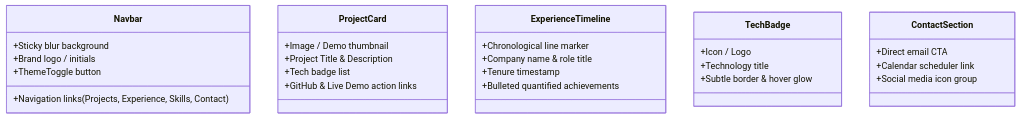
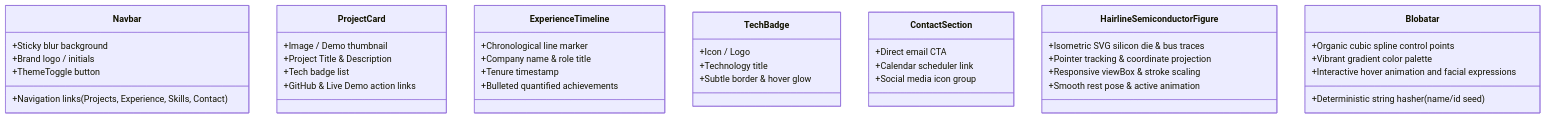
The diagram in design.md (vikas-dhavande/Vikas-Dhavande2), drawn with Mermaid before and after one commit. The commit also changed 12 other files, not shown here.

Commit message:
feat: add Appwrite OAuth, reaction bars, comment threads, blobatar avatars, and semiconductor figure components

````diff
--- a/design.md
+++ b/design.md
@@ -102,31 +102,43 @@
 ```mermaid
 classDiagram
     class Navbar {
         +Sticky blur background
         +Brand logo / initials
         +Navigation links (Projects, Experience, Skills, Contact)
         +ThemeToggle button
     }
     class ProjectCard {
         +Image / Demo thumbnail
         +Project Title & Description
         +Tech badge list
         +GitHub & Live Demo action links
     }
     class ExperienceTimeline {
         +Chronological line marker
         +Company name & role title
         +Tenure timestamp
         +Bulleted quantified achievements
     }
     class TechBadge {
         +Icon / Logo
         +Technology title
         +Subtle border & hover glow
     }
     class ContactSection {
         +Direct email CTA
         +Calendar scheduler link
         +Social media icon group
     }
+    class HairlineSemiconductorFigure {
+        +Isometric SVG silicon die & bus traces
+        +Pointer tracking & coordinate projection
+        +Responsive viewBox & stroke scaling
+        +Smooth rest pose & active animation
+    }
+    class Blobatar {
+        +Deterministic string hasher (name/id seed)
+        +Organic cubic spline control points
+        +Vibrant gradient color palette
+        +Interactive hover animation and facial expressions
+    }
 ```
````
